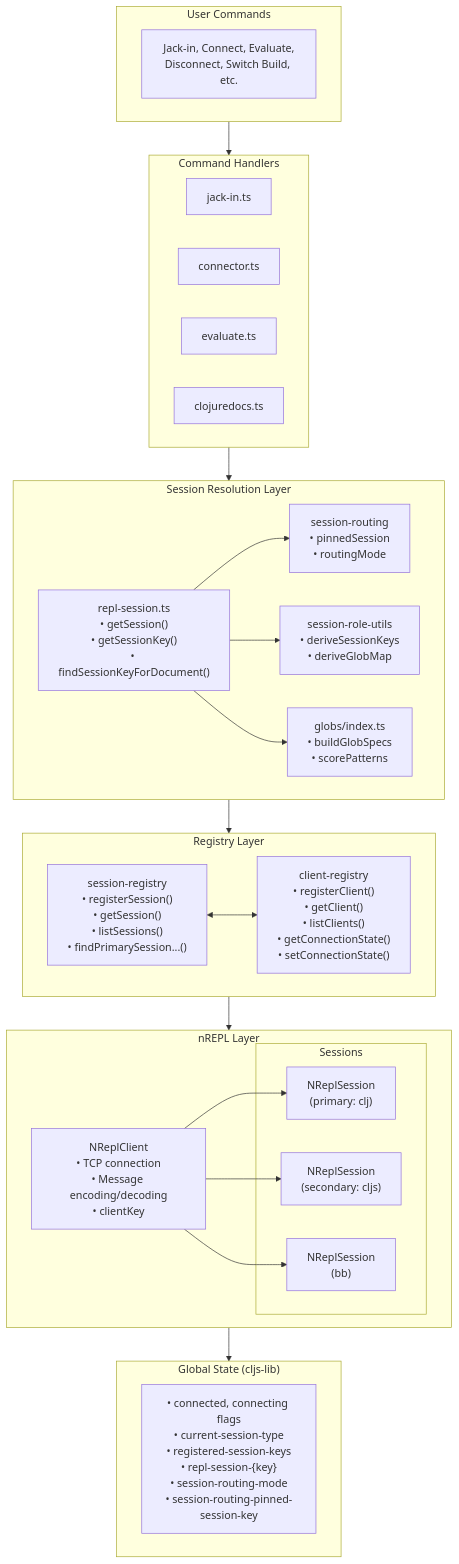
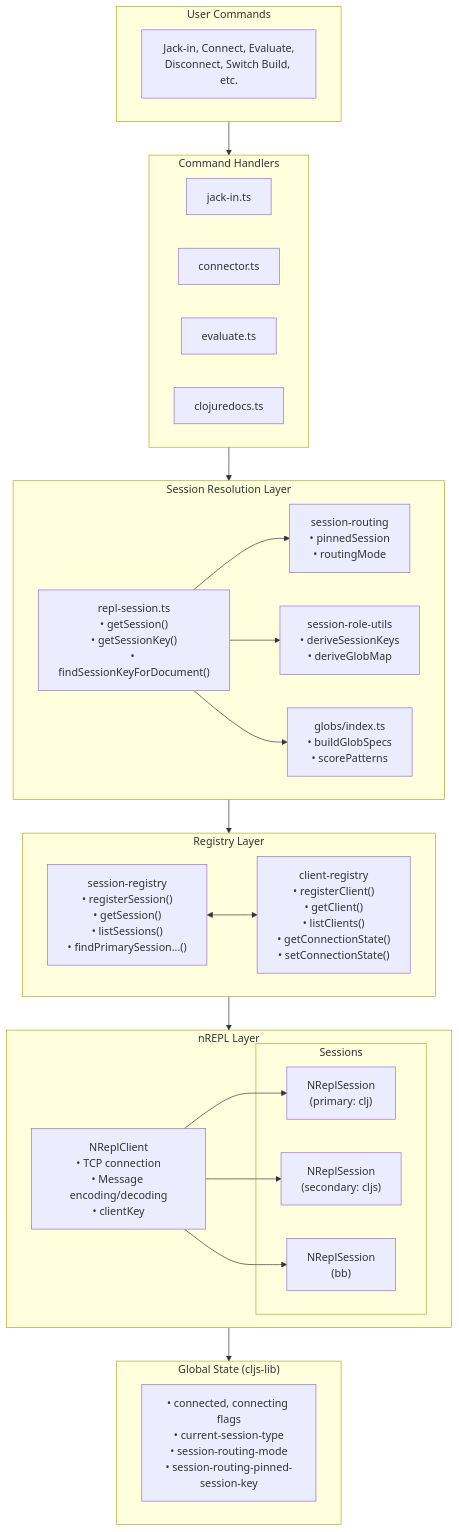
One commit to BetterThanTomorrow/calva changed the first of 7 diagrams in dev/docs/multi-session-architecture.md. Above: the diagram before and after it, drawn with Mermaid. The commit also changed other lines of this file and 1 other file, not shown here.

Commit message:
Consolidate session registry state

````diff
--- a/dev/docs/multi-session-architecture.md
+++ b/dev/docs/multi-session-architecture.md
@@ -128,56 +128,56 @@
 ```mermaid
 flowchart TB
     subgraph UserCommands["User Commands"]
         CMD["Jack-in, Connect, Evaluate,<br/>Disconnect, Switch Build, etc."]
     end
 
     subgraph CommandHandlers["Command Handlers"]
         JI[jack-in.ts]
         CON[connector.ts]
         EVAL[evaluate.ts]
         CDOCS[clojuredocs.ts]
     end
 
     subgraph SessionResolution["Session Resolution Layer"]
         RS["repl-session.ts<br/>• getSession()<br/>• getSessionKey()<br/>• findSessionKeyForDocument()"]
 
         SR["session-routing<br/>• pinnedSession<br/>• routingMode"]
         SRU["session-role-utils<br/>• deriveSessionKeys<br/>• deriveGlobMap"]
         GLOBS["globs/index.ts<br/>• buildGlobSpecs<br/>• scorePatterns"]
 
         RS --> SR
         RS --> SRU
         RS --> GLOBS
     end
 
     subgraph RegistryLayer["Registry Layer"]
         SREG["session-registry<br/>• registerSession()<br/>• getSession()<br/>• listSessions()<br/>• findPrimarySession...()"]
         CREG["client-registry<br/>• registerClient()<br/>• getClient()<br/>• listClients()<br/>• getConnectionState()<br/>• setConnectionState()"]
 
         SREG <--> CREG
     end
 
     subgraph NReplLayer["nREPL Layer"]
         CLIENT["NReplClient<br/>• TCP connection<br/>• Message encoding/decoding<br/>• clientKey"]
 
         subgraph Sessions["Sessions"]
             S1["NReplSession<br/>(primary: clj)"]
             S2["NReplSession<br/>(secondary: cljs)"]
             S3["NReplSession<br/>(bb)"]
         end
 
         CLIENT --> S1
         CLIENT --> S2
         CLIENT --> S3
     end
 
     subgraph GlobalState["Global State (cljs-lib)"]
-        STATE["• connected, connecting flags<br/>• current-session-type<br/>• registered-session-keys<br/>• repl-session-{key}<br/>• session-routing-mode<br/>• session-routing-pinned-session-key"]
+        STATE["• connected, connecting flags<br/>• current-session-type<br/>• session-routing-mode<br/>• session-routing-pinned-session-key"]
     end
 
     UserCommands --> CommandHandlers
     CommandHandlers --> SessionResolution
     SessionResolution --> RegistryLayer
     RegistryLayer --> NReplLayer
     NReplLayer --> GlobalState
 ```
````
